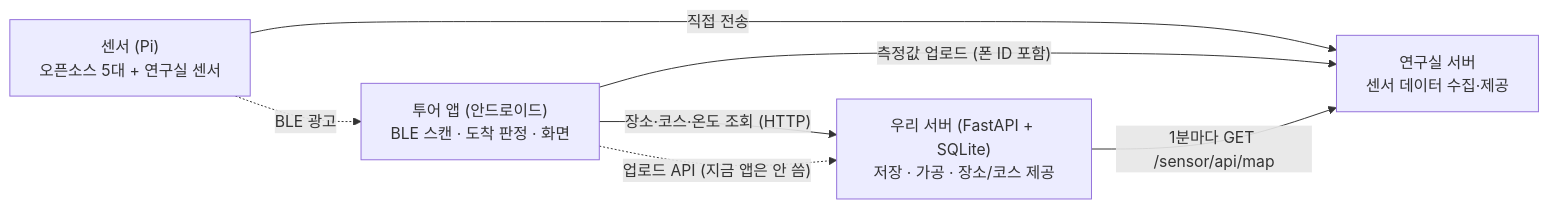
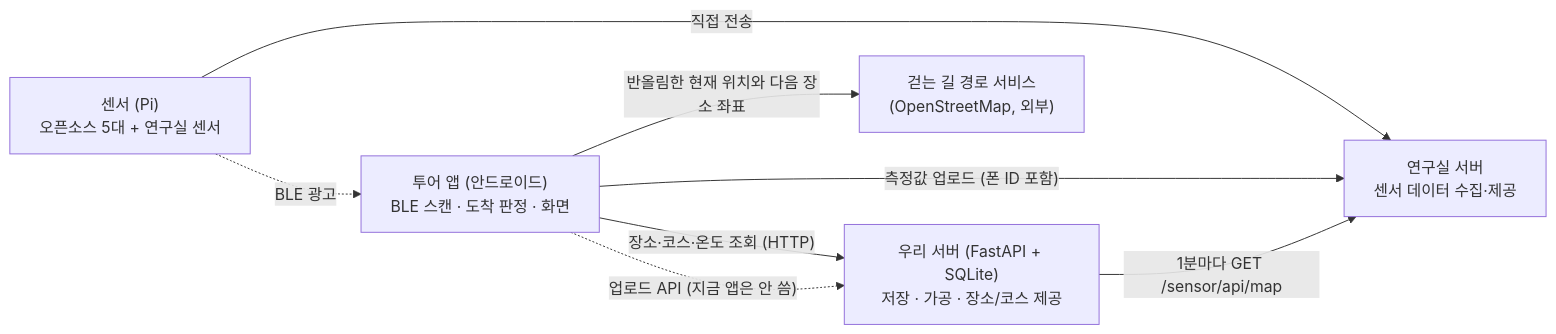
The first of 8 diagrams in docs/backend-design.md (C-sewon/CampusTourGuide), drawn with Mermaid before and after one commit. The commit also changed other lines of this file, not shown here.

Commit message:
Docs: 설계 문서에 앱이 길 안내를 위해 반올림한 현재 위치를 외부 경로 서비스로 보낸다는 설명 추가

````diff
--- a/docs/backend-design.md
+++ b/docs/backend-design.md
@@ -25,14 +25,16 @@
 ```mermaid
 flowchart LR
     PI["센서 (Pi)<br/>오픈소스 5대 + 연구실 센서"]
     LAB["연구실 서버<br/>센서 데이터 수집·제공"]
     SRV["우리 서버 (FastAPI + SQLite)<br/>저장 · 가공 · 장소/코스 제공"]
     APP["투어 앱 (안드로이드)<br/>BLE 스캔 · 도착 판정 · 화면"]
+    ROUTE["걷는 길 경로 서비스<br/>(OpenStreetMap, 외부)"]
 
     PI -- "직접 전송" --> LAB
     PI -. "BLE 광고" .-> APP
     APP -- "측정값 업로드 (폰 ID 포함)" --> LAB
     SRV -- "1분마다 GET /sensor/api/map" --> LAB
     APP -- "장소·코스·온도 조회 (HTTP)" --> SRV
+    APP -- "반올림한 현재 위치와 다음 장소 좌표" --> ROUTE
     APP -. "업로드 API (지금 앱은 안 씀)" .-> SRV
 ```
````
